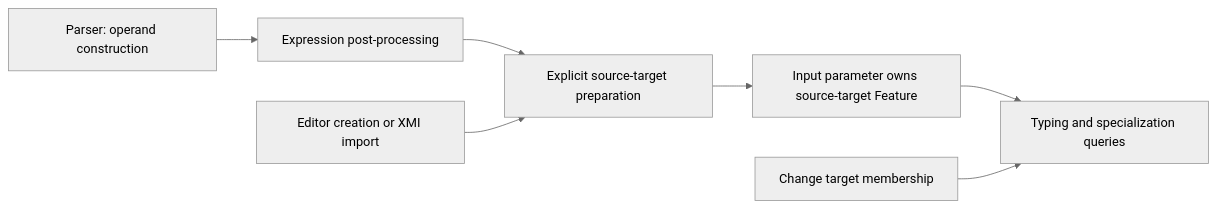
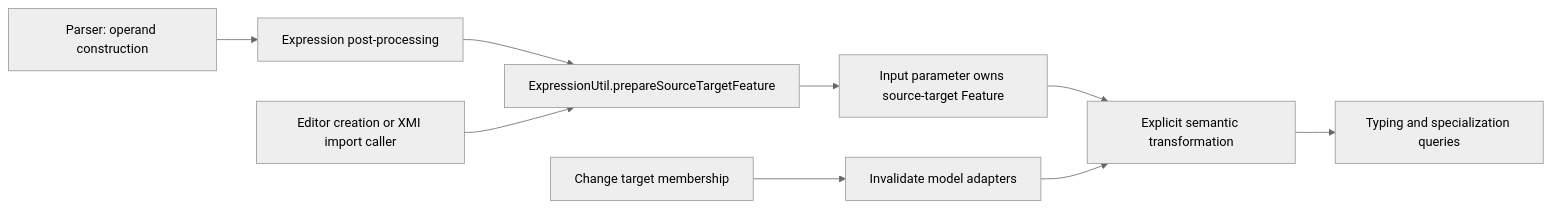
One commit to Systems-Modeling/SysML-v2-Pilot-Implementation changed the diagram in org.omg.sysml.logic/doc/feature-chain-preparation.md. Above: the diagram before and after it, drawn with Mermaid (neutral theme). The commit also changed other lines of this file and 6 other files, not shown here.

Commit message:
ST6RI-981 - Move feature-chain source-target creation to explicit preparation

````diff
--- a/org.omg.sysml.logic/doc/feature-chain-preparation.md
+++ b/org.omg.sysml.logic/doc/feature-chain-preparation.md
@@ -70,9 +53,11 @@
 ```mermaid
 flowchart LR
     Parser[Parser: operand construction] --> Post[Expression post-processing]
-    Post --> Prepare[Explicit source-target preparation]
-    Editor[Editor creation or XMI import] --> Prepare
+    Post --> Prepare[ExpressionUtil.prepareSourceTargetFeature]
+    Editor[Editor creation or XMI import caller] --> Prepare
     Prepare --> Structure[Input parameter owns source-target Feature]
-    Structure --> Query[Typing and specialization queries]
-    Edit[Change target membership] --> Query
+    Structure --> Transform[Explicit semantic transformation]
+    Transform --> Query[Typing and specialization queries]
+    Edit[Change target membership] --> Clean[Invalidate model adapters]
+    Clean --> Transform
 ```
````
